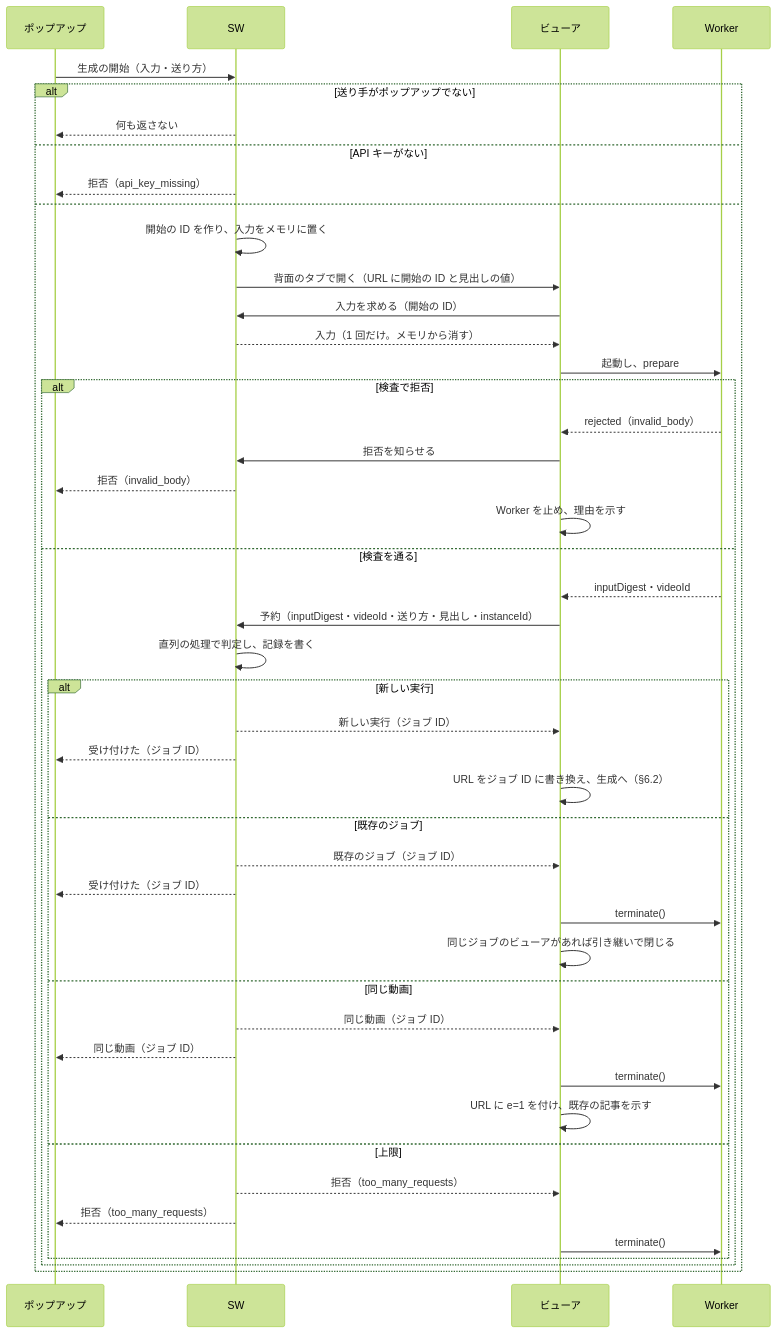
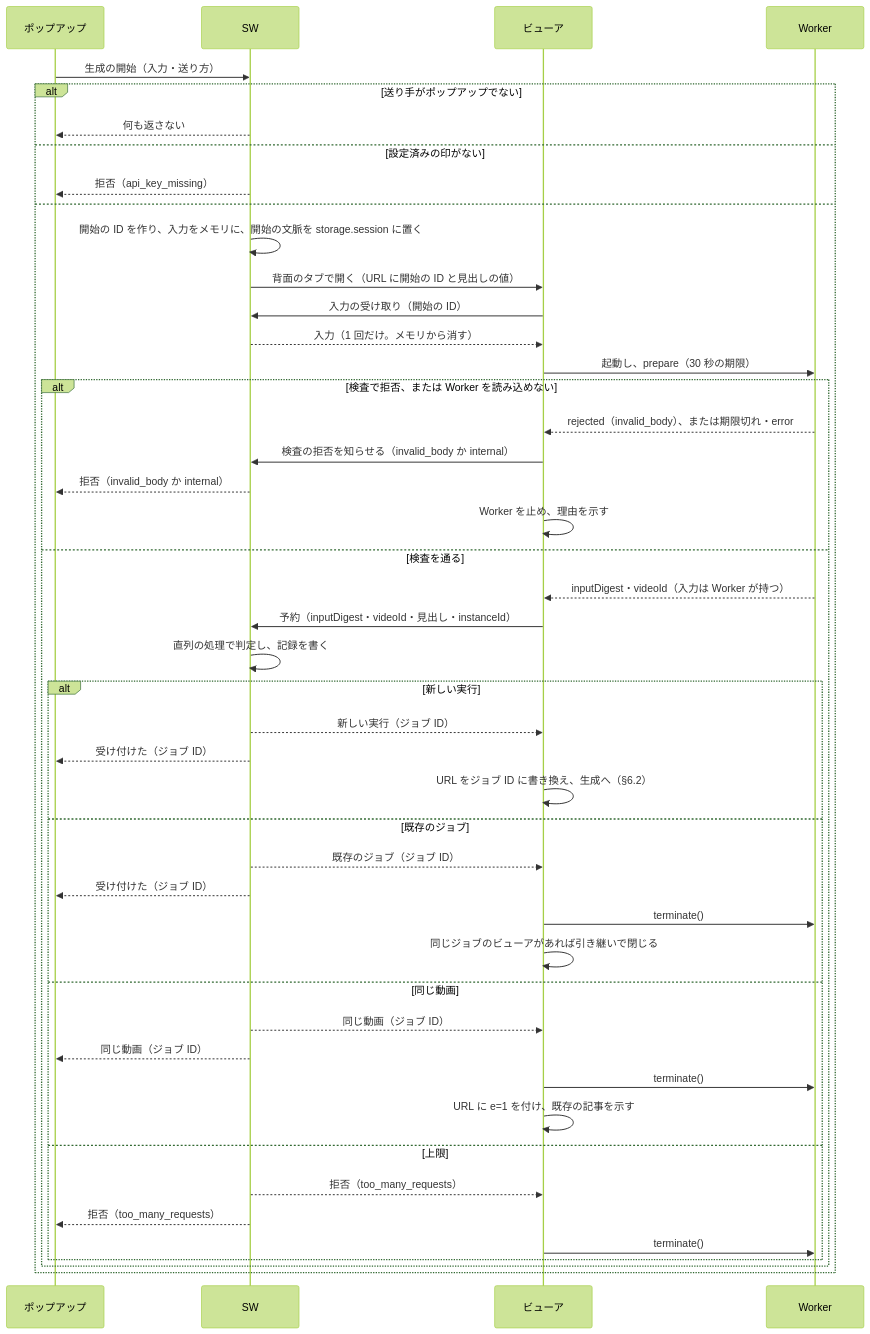
The sixth of 9 diagrams in docs/tasks/0090_extension_only_architecture/02_architecture.md (isseis/yt2column), drawn with Mermaid (forest theme) before and after one commit. The commit also changed other lines of this file and 15 other files, not shown here.

First line of the commit message:
docs(0090): apply the panel review and the prose pass to the architecture

````diff
--- a/docs/tasks/0090_extension_only_architecture/02_architecture.md
+++ b/docs/tasks/0090_extension_only_architecture/02_architecture.md
@@ -893,49 +1093,49 @@
 ```mermaid
 sequenceDiagram
     participant P as ポップアップ
     participant S as SW
     participant V as ビューア
     participant W as Worker
 
     P->>S: 生成の開始（入力・送り方）
     alt 送り手がポップアップでない
         S-->>P: 何も返さない
-    else API キーがない
+    else 設定済みの印がない
         S-->>P: 拒否（api_key_missing）
     else
-        S->>S: 開始の ID を作り、入力をメモリに置く
+        S->>S: 開始の ID を作り、入力をメモリに、開始の文脈を storage.session に置く
         S->>V: 背面のタブで開く（URL に開始の ID と見出しの値）
-        V->>S: 入力を求める（開始の ID）
+        V->>S: 入力の受け取り（開始の ID）
         S-->>V: 入力（1 回だけ。メモリから消す）
-        V->>W: 起動し、prepare
-        alt 検査で拒否
-            W-->>V: rejected（invalid_body）
-            V->>S: 拒否を知らせる
-            S-->>P: 拒否（invalid_body）
+        V->>W: 起動し、prepare（30 秒の期限）
+        alt 検査で拒否、または Worker を読み込めない
+            W-->>V: rejected（invalid_body）、または期限切れ・error
+            V->>S: 検査の拒否を知らせる（invalid_body か internal）
+            S-->>P: 拒否（invalid_body か internal）
             V->>V: Worker を止め、理由を示す
         else 検査を通る
-            W-->>V: inputDigest・videoId
-            V->>S: 予約（inputDigest・videoId・送り方・見出し・instanceId）
+            W-->>V: inputDigest・videoId（入力は Worker が持つ）
+            V->>S: 予約（inputDigest・videoId・見出し・instanceId）
             S->>S: 直列の処理で判定し、記録を書く
             alt 新しい実行
                 S-->>V: 新しい実行（ジョブ ID）
                 S-->>P: 受け付けた（ジョブ ID）
                 V->>V: URL をジョブ ID に書き換え、生成へ（§6.2）
             else 既存のジョブ
                 S-->>V: 既存のジョブ（ジョブ ID）
                 S-->>P: 受け付けた（ジョブ ID）
                 V->>W: terminate()
                 V->>V: 同じジョブのビューアがあれば引き継いで閉じる
             else 同じ動画
                 S-->>V: 同じ動画（ジョブ ID）
                 S-->>P: 同じ動画（ジョブ ID）
                 V->>W: terminate()
                 V->>V: URL に e=1 を付け、既存の記事を示す
             else 上限
                 S-->>V: 拒否（too_many_requests）
                 S-->>P: 拒否（too_many_requests）
                 V->>W: terminate()
             end
         end
     end
 ```
````
